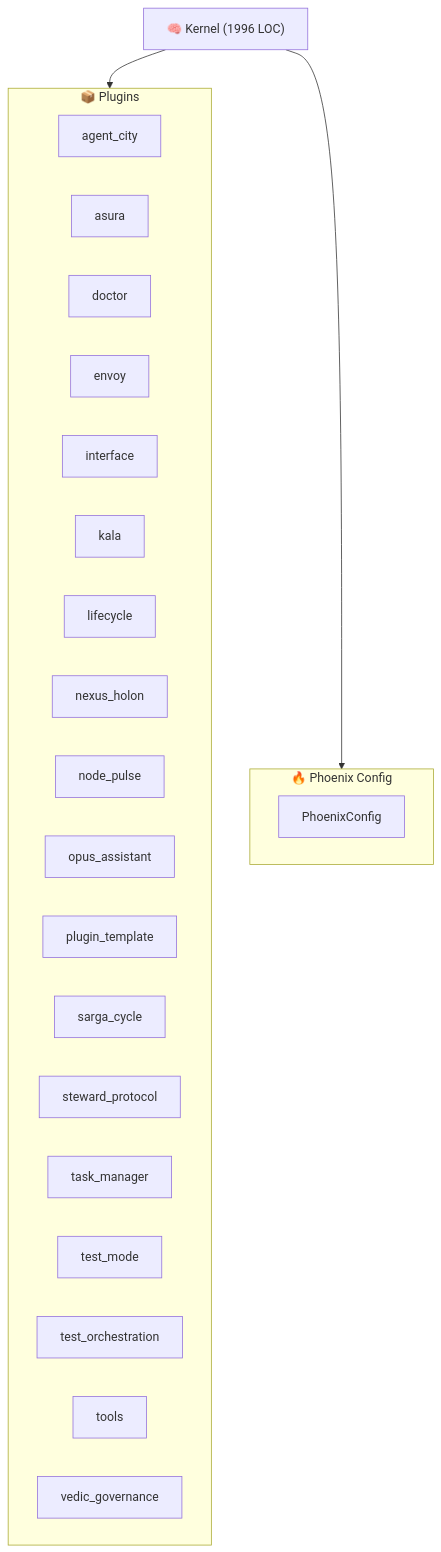
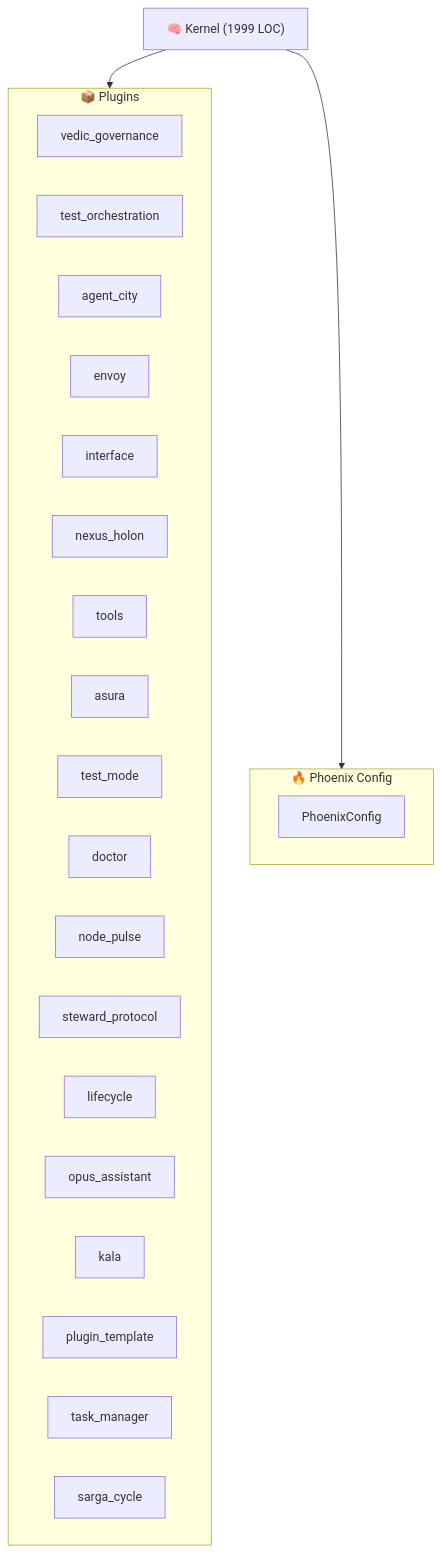
One commit to kimeisele/steward-protocol changed the diagram in ARCHITECTURE.md. Above: the diagram before and after it, drawn with Mermaid. The commit also changed other lines of this file and 6 other files, not shown here.

````diff
--- a/ARCHITECTURE.md
+++ b/ARCHITECTURE.md
@@ -8,29 +8,29 @@
 ```mermaid
 graph TB
-    K["🧠 Kernel (1996 LOC)"]
+    K["🧠 Kernel (1999 LOC)"]
     subgraph Plugins["📦 Plugins"]
+        P_vedic_governance["vedic_governance"]
+        P_test_orchestration["test_orchestration"]
         P_agent_city["agent_city"]
-        P_asura["asura"]
-        P_doctor["doctor"]
         P_envoy["envoy"]
         P_interface["interface"]
+        P_nexus_holon["nexus_holon"]
+        P_tools["tools"]
+        P_asura["asura"]
+        P_test_mode["test_mode"]
+        P_doctor["doctor"]
+        P_node_pulse["node_pulse"]
+        P_steward_protocol["steward_protocol"]
+        P_lifecycle["lifecycle"]
+        P_opus_assistant["opus_assistant"]
         P_kala["kala"]
-        P_lifecycle["lifecycle"]
-        P_nexus_holon["nexus_holon"]
-        P_node_pulse["node_pulse"]
-        P_opus_assistant["opus_assistant"]
         P_plugin_template["plugin_template"]
+        P_task_manager["task_manager"]
         P_sarga_cycle["sarga_cycle"]
-        P_steward_protocol["steward_protocol"]
-        P_task_manager["task_manager"]
-        P_test_mode["test_mode"]
-        P_test_orchestration["test_orchestration"]
-        P_tools["tools"]
-        P_vedic_governance["vedic_governance"]
     end
     K --> Plugins
     subgraph Config["🔥 Phoenix Config"]
         PC[PhoenixConfig]
     end
     K --> Config
 ```
````
